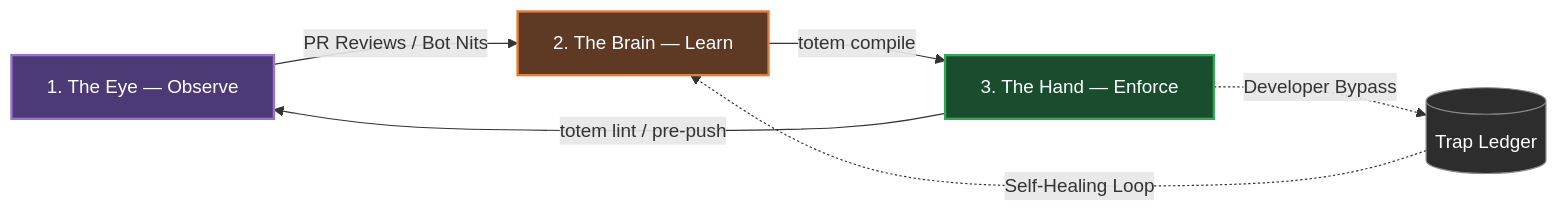
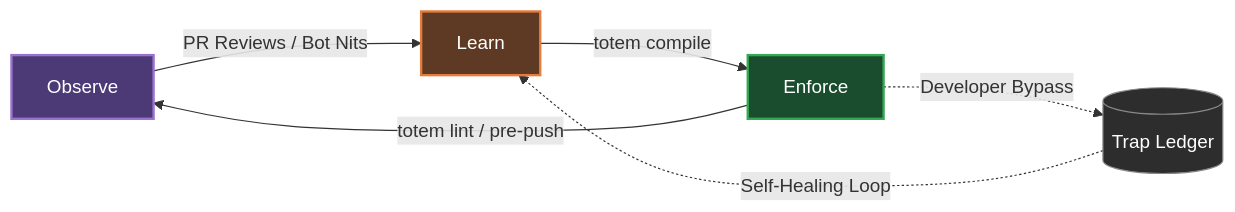
Before and after one commit to mmnto-ai/totem: the diagram in README.md, drawn with Mermaid. The commit also changed other lines of this file, not shown here.

First line of the commit message:
docs: strip Eye/Brain/Hand metaphors from README loop section

````diff
--- a/README.md
+++ b/README.md
@@ -21,19 +21,19 @@
 ```mermaid
 graph LR
     classDef observe fill:#4b3a75,stroke:#9b72cf,stroke-width:2px,color:#fff
     classDef learn fill:#5e3a24,stroke:#e67c3b,stroke-width:2px,color:#fff
     classDef enforce fill:#1a4d2e,stroke:#34a853,stroke-width:2px,color:#fff
     classDef core fill:#2d2d2d,stroke:#888,stroke-width:1px,color:#fff
 
-    Observe["1. The Eye — Observe"]:::observe
-    Learn["2. The Brain — Learn"]:::learn
-    Enforce["3. The Hand — Enforce"]:::enforce
+    Observe["Observe"]:::observe
+    Learn["Learn"]:::learn
+    Enforce["Enforce"]:::enforce
     Ledger[("Trap Ledger")]:::core
 
     Observe -->|"PR Reviews / Bot Nits"| Learn
     Learn -->|"totem compile"| Enforce
     Enforce -->|"totem lint / pre-push"| Observe
 
     Enforce -.->|"Developer Bypass"| Ledger
     Ledger -.->|"Self-Healing Loop"| Learn
 ```
````
